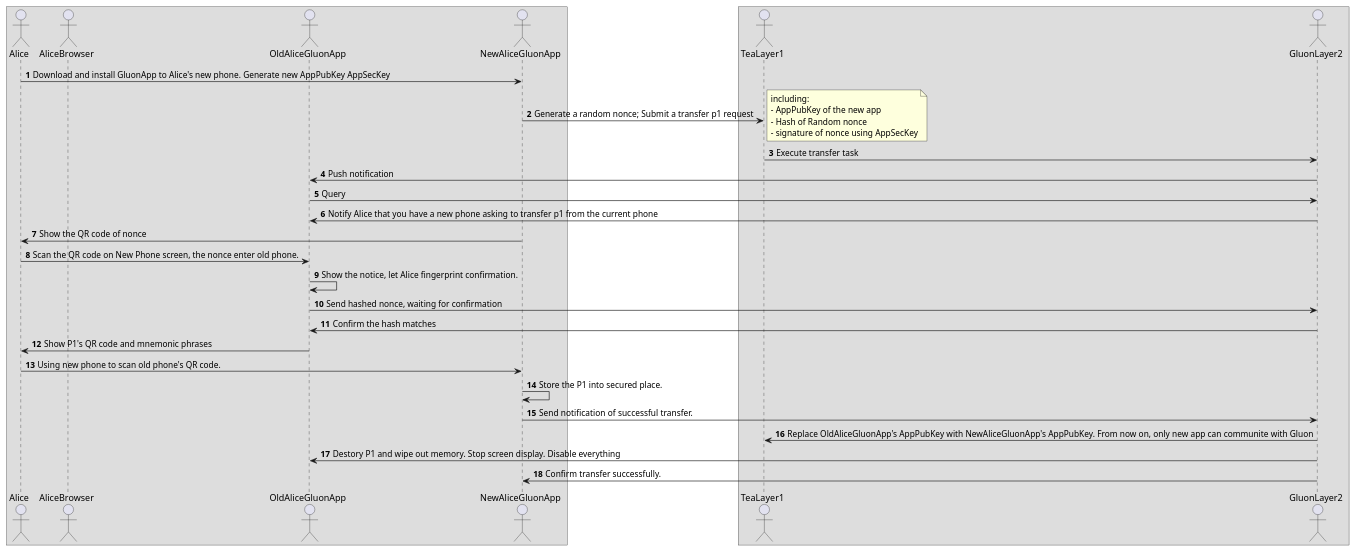
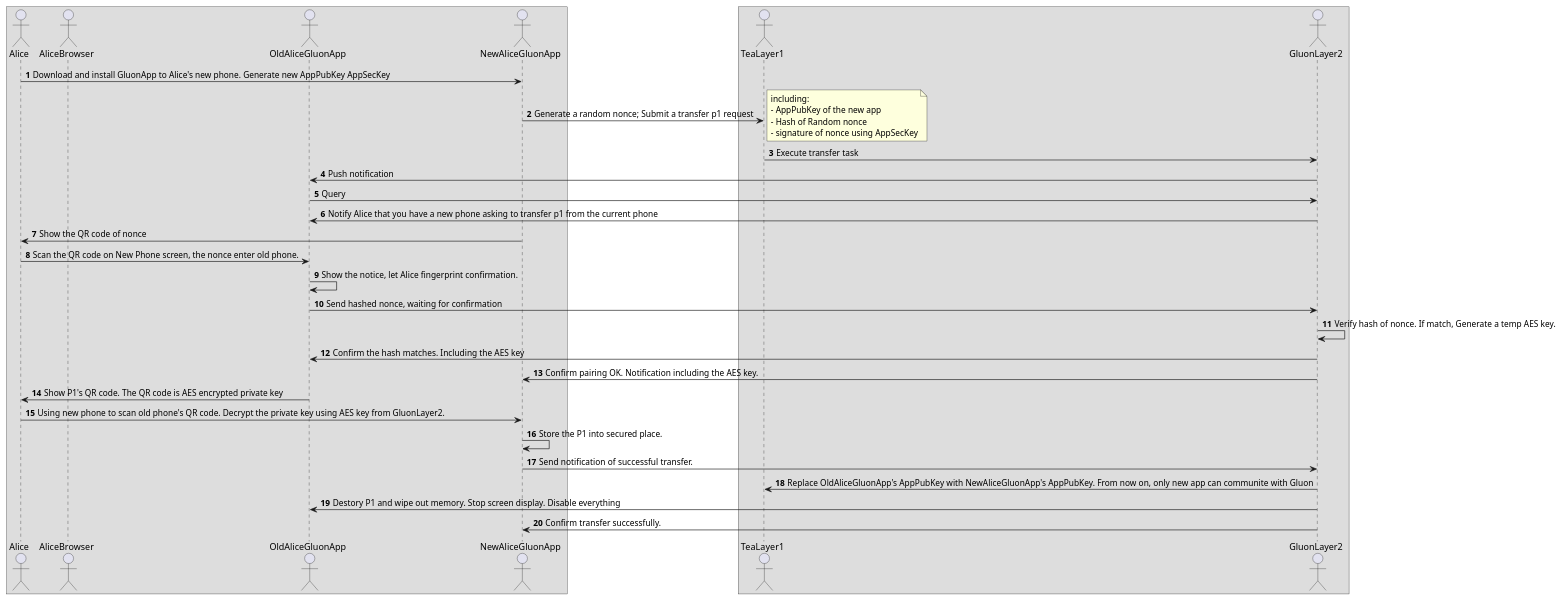
One commit to tearust/gluon-docs changed the fourth of 4 diagrams in Design/Key_management_design.md. Above: the diagram before and after it, drawn with PlantUML.

Commit message:
add AES key protection during P1 transfer between phones

````diff
--- a/Design/Key_management_design.md
+++ b/Design/Key_management_design.md
@@ -156,42 +156,44 @@
 ```puml
 @startuml
 autonumber
 box
 actor Alice
 actor AliceBrowser
 actor OldAliceGluonApp
 actor NewAliceGluonApp
 endbox
 box
 actor TeaLayer1
 actor GluonLayer2
 endbox
 
 Alice -> NewAliceGluonApp: Download and install GluonApp to Alice's new phone. Generate new AppPubKey AppSecKey
 NewAliceGluonApp -> TeaLayer1: Generate a random nonce; Submit a transfer p1 request 
 note right
 including:
 - AppPubKey of the new app
 - Hash of Random nonce
 - signature of nonce using AppSecKey
 end note
 
 TeaLayer1 -> GluonLayer2: Execute transfer task
 GluonLayer2 -> OldAliceGluonApp: Push notification
 OldAliceGluonApp -> GluonLayer2: Query
 GluonLayer2 -> OldAliceGluonApp: Notify Alice that you have a new phone asking to transfer p1 from the current phone
 NewAliceGluonApp -> Alice: Show the QR code of nonce
 Alice -> OldAliceGluonApp: Scan the QR code on New Phone screen, the nonce enter old phone.
 OldAliceGluonApp -> OldAliceGluonApp: Show the notice, let Alice fingerprint confirmation. 
 OldAliceGluonApp -> GluonLayer2: Send hashed nonce, waiting for confirmation
-GluonLayer2 -> OldAliceGluonApp: Confirm the hash matches
-OldAliceGluonApp -> Alice: Show P1's QR code and mnemonic phrases
-Alice -> NewAliceGluonApp: Using new phone to scan old phone's QR code.
+GluonLayer2 -> GluonLayer2: Verify hash of nonce. If match, Generate a temp AES key.
+GluonLayer2 -> OldAliceGluonApp: Confirm the hash matches. Including the AES key
+GluonLayer2 -> NewAliceGluonApp: Confirm pairing OK. Notification including the AES key.
+OldAliceGluonApp -> Alice: Show P1's QR code. The QR code is AES encrypted private key
+Alice -> NewAliceGluonApp: Using new phone to scan old phone's QR code. Decrypt the private key using AES key from GluonLayer2.
 NewAliceGluonApp -> NewAliceGluonApp: Store the P1 into secured place. 
 NewAliceGluonApp -> GluonLayer2: Send notification of successful transfer.
 GluonLayer2 -> TeaLayer1: Replace OldAliceGluonApp's AppPubKey with NewAliceGluonApp's AppPubKey. From now on, only new app can communite with Gluon
 GluonLayer2 -> OldAliceGluonApp: Destory P1 and wipe out memory. Stop screen display. Disable everything
 GluonLayer2 -> NewAliceGluonApp: Confirm transfer successfully.
 
 @enduml
 ```
````
